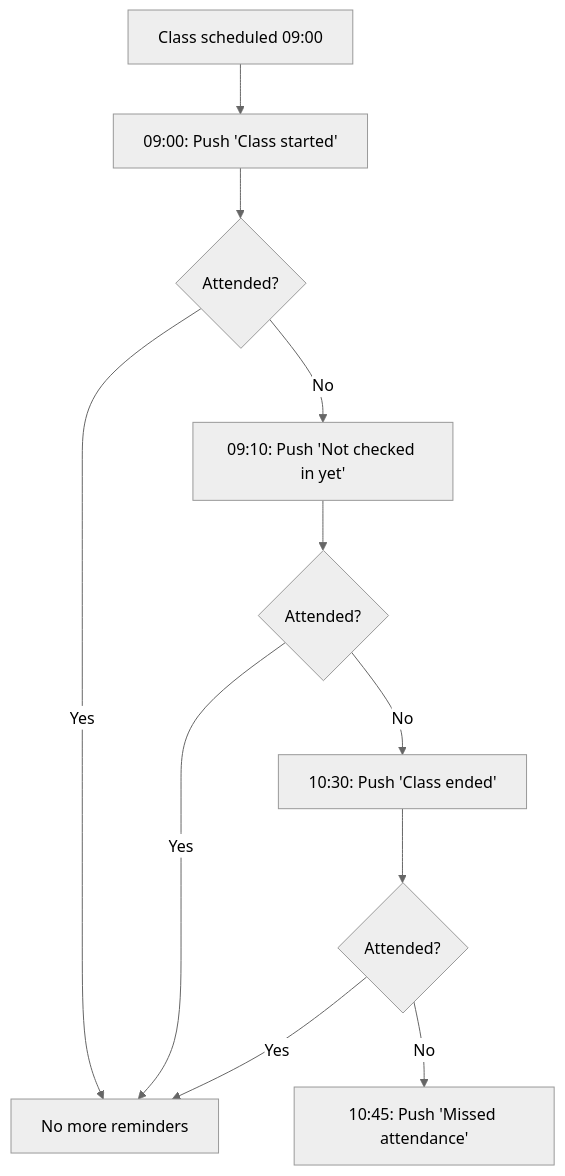
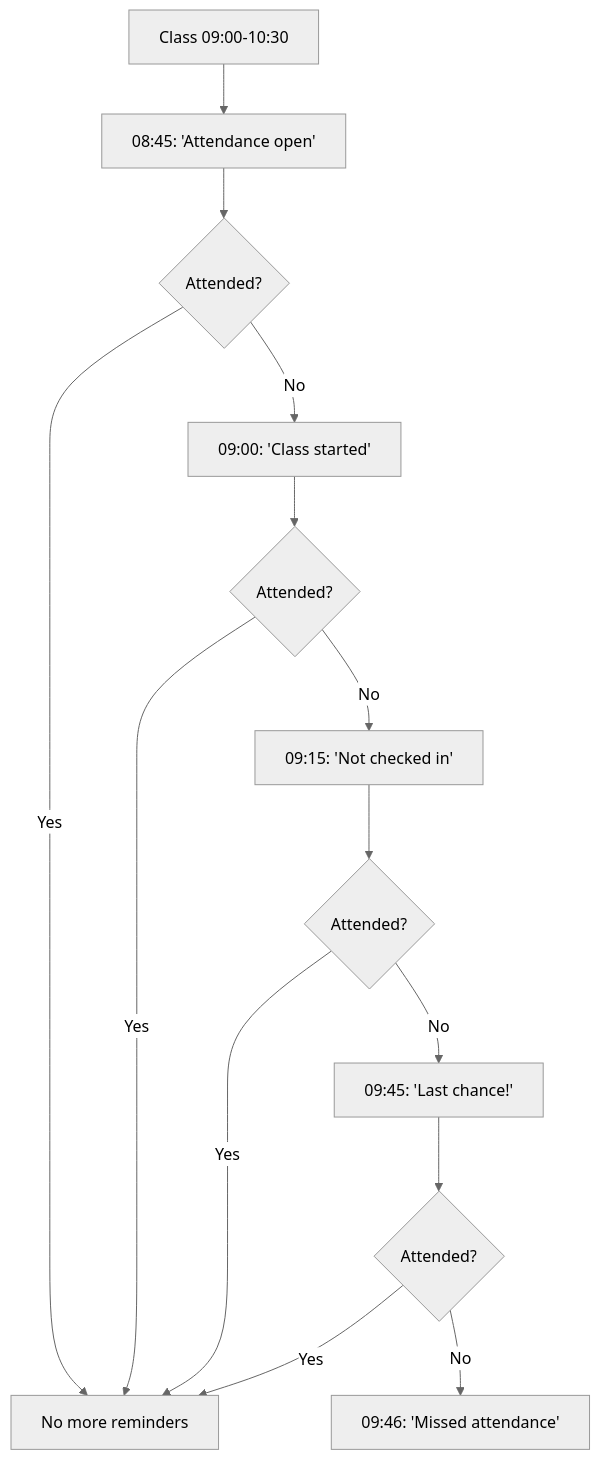
Before and after one commit to South-33/SmartCampus: the seventh of 7 diagrams in README.md, drawn with Mermaid (neutral theme). The commit also changed other lines of this file, not shown here.

Commit message:
docs: update push notifications to match new attendance window

````diff
--- a/README.md
+++ b/README.md
@@ -479,13 +480,16 @@
 ```mermaid
 flowchart TD
-    A[Class scheduled 09:00] --> B[09:00: Push 'Class started']
+    A[Class 09:00-10:30] --> B[08:45: 'Attendance open']
     B --> C{Attended?}
     C -->|Yes| D[No more reminders]
-    C -->|No| E[09:10: Push 'Not checked in yet']
+    C -->|No| E[09:00: 'Class started']
     E --> F{Attended?}
     F -->|Yes| D
-    F -->|No| G[10:30: Push 'Class ended']
+    F -->|No| G[09:15: 'Not checked in']
     G --> H{Attended?}
     H -->|Yes| D
-    H -->|No| I[10:45: Push 'Missed attendance']
+    H -->|No| I[09:45: 'Last chance!']
+    I --> J{Attended?}
+    J -->|Yes| D
+    J -->|No| K[09:46: 'Missed attendance']
 ```
````
